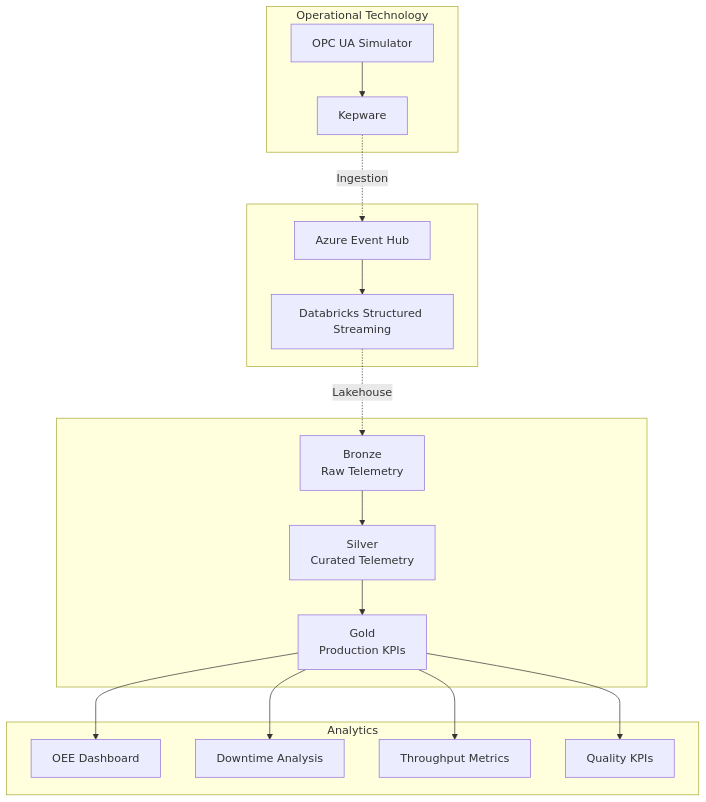
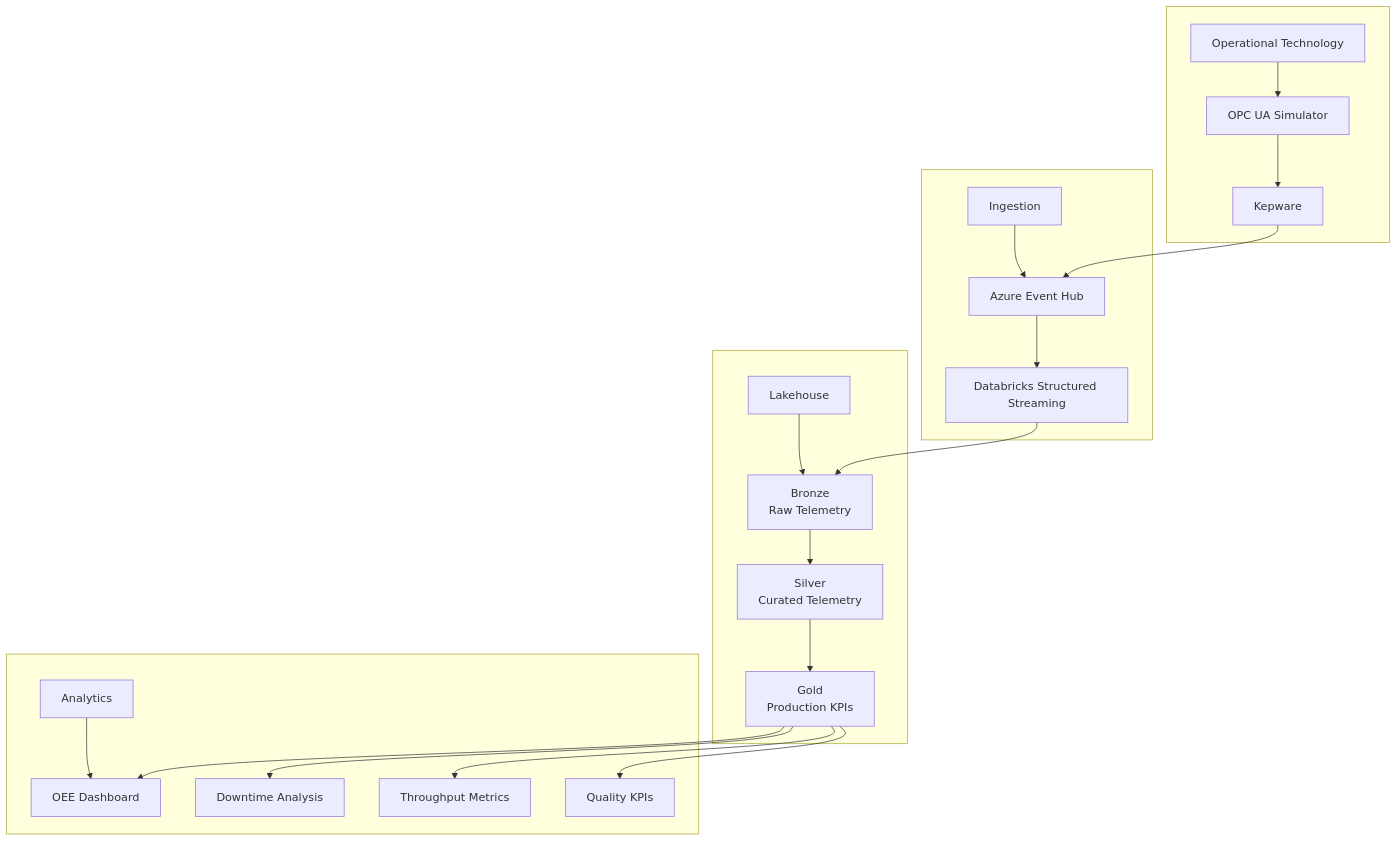
One commit to Solveright/OEE-Analytics changed the diagram in README.md. Above: the diagram before and after it, drawn with Mermaid.

````diff
--- a/README.md
+++ b/README.md
@@ -16,38 +16,52 @@
 ```mermaid
-flowchart TB
+flowchart TD
 
-    subgraph OT["Operational Technology"]
+    subgraph OT[" "]
+        OT_LABEL["Operational Technology"]
         OPC["OPC UA Simulator"]
-        KEP["Kepware"]
+        Kepware["Kepware"]
+
+        OT_LABEL --> OPC
+        OPC --> Kepware
     end
 
-    subgraph Ingestion[" "]
+    subgraph ING[" "]
+        ING_LABEL["Ingestion"]
         EH["Azure Event Hub"]
-        STREAM["Databricks Structured Streaming"]
+        DSS["Databricks Structured Streaming"]
+
+        ING_LABEL --> EH
+        EH --> DSS
     end
 
-    subgraph Lakehouse[" "]
+    subgraph LH[" "]
+        LH_LABEL["Lakehouse"]
+
         Bronze["Bronze<br/>Raw Telemetry"]
         Silver["Silver<br/>Curated Telemetry"]
         Gold["Gold<br/>Production KPIs"]
+
+        LH_LABEL --> Bronze
+        Bronze --> Silver
+        Silver --> Gold
     end
 
-    subgraph Analytics["Analytics"]
+    subgraph AN[" "]
+        AN_LABEL["Analytics"]
+
         OEE["OEE Dashboard"]
-        Downtime["Downtime Analysis"]
+        Down["Downtime Analysis"]
         Throughput["Throughput Metrics"]
         Quality["Quality KPIs"]
+
+        AN_LABEL --> OEE
     end
-    OPC --> KEP
-    KEP -. Ingestion .-> EH
-    EH --> STREAM
 
-    STREAM -. Lakehouse .-> Bronze
-    Bronze --> Silver
-    Silver --> Gold
+    Kepware --> EH
+    DSS --> Bronze
 
     Gold --> OEE
-    Gold --> Downtime
+    Gold --> Down
     Gold --> Throughput
     Gold --> Quality
 ```
````
